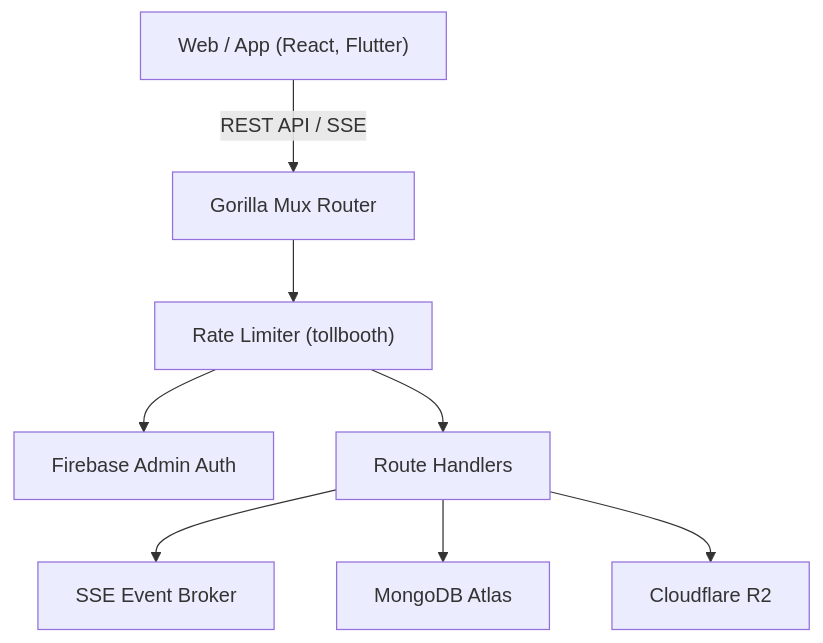
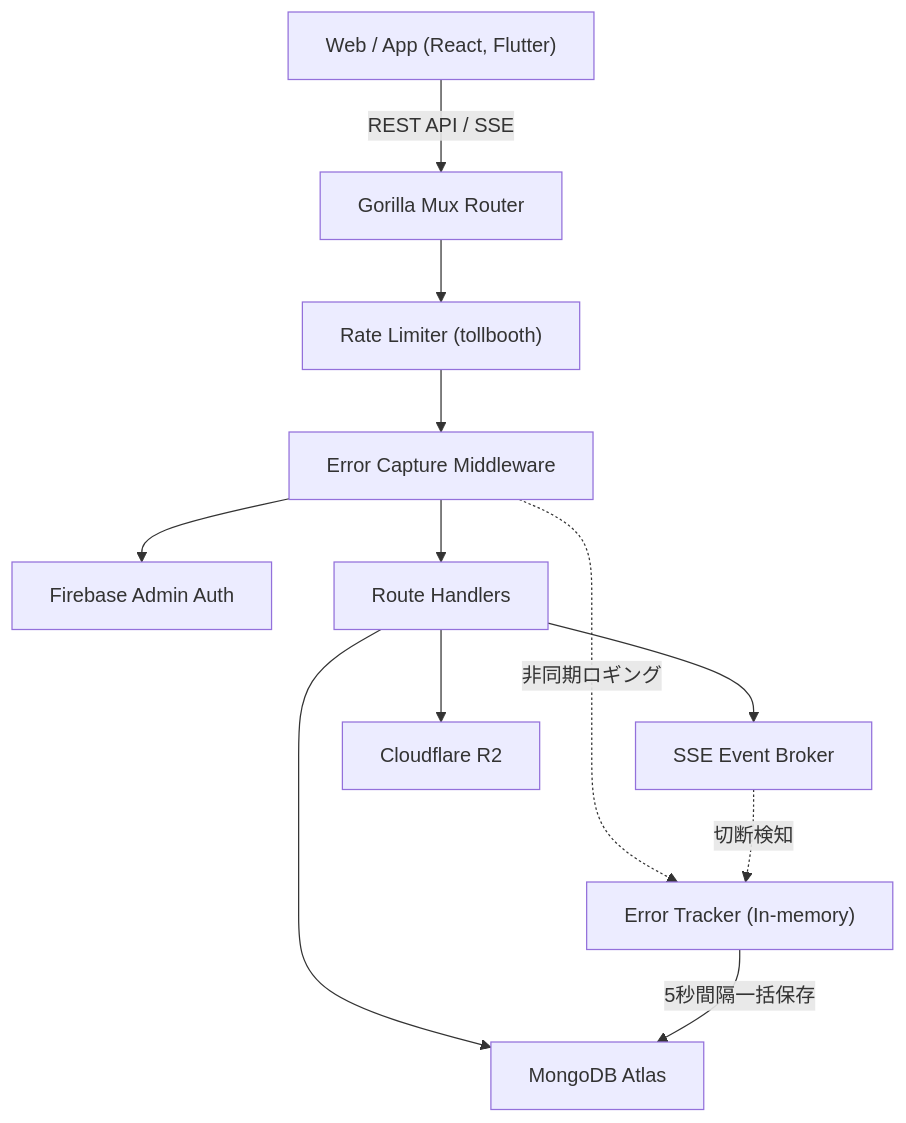
The diagram in README.md (Espi8624/yoyaku_mate_server), drawn with Mermaid before and after one commit. The commit also changed other lines of this file and 17 other files, not shown here.

````diff
--- a/README.md
+++ b/README.md
@@ -64,10 +65,15 @@
 ```mermaid
 graph TD
     Client["Web / App (React, Flutter)"] -->|"REST API / SSE"| Router["Gorilla Mux Router"]
     Router --> Middleware["Rate Limiter (tollbooth)"]
-    Middleware --> Auth["Firebase Admin Auth"]
-    Middleware --> Handlers["Route Handlers"]
+    Middleware --> ErrorCapture["Error Capture Middleware"]
+    ErrorCapture --> Auth["Firebase Admin Auth"]
+    ErrorCapture --> Handlers["Route Handlers"]
     Handlers --> Broker["SSE Event Broker"]
     Handlers --> DB["MongoDB Atlas"]
     Handlers --> Storage["Cloudflare R2"]
+    
+    ErrorCapture -.->|非同期ロギング| Tracker["Error Tracker (In-memory)"]
+    Broker -.->|切断検知| Tracker
+    Tracker -->|5秒間隔一括保存| DB
 ```
````
